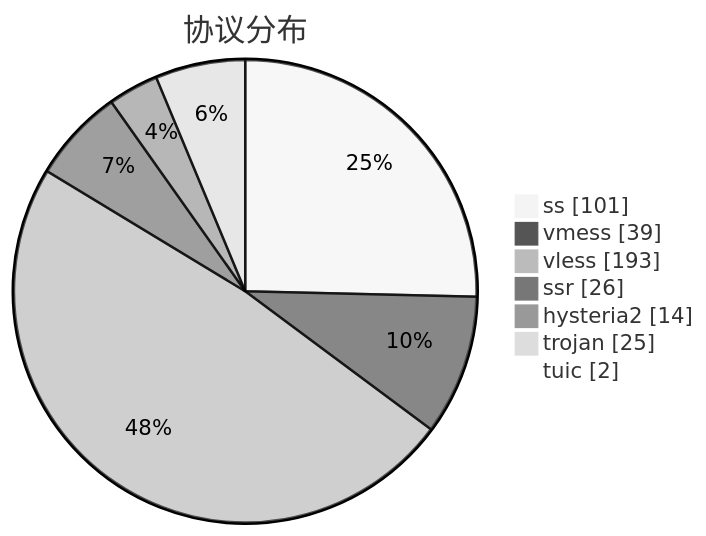
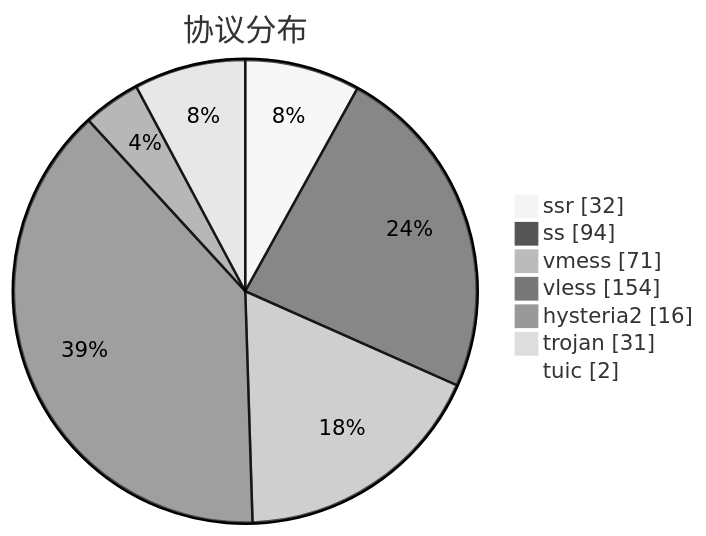
Before and after one commit to qjlxg/airport: the third of 3 diagrams in subs/statistics/tested_within.md, drawn with Mermaid (neutral theme). The commit also changed other lines of this file and 2 other files, not shown here.

````diff
--- a/subs/statistics/tested_within.md
+++ b/subs/statistics/tested_within.md
@@ -32,11 +31,11 @@
 ```mermaid
 pie showData
 title 协议分布
-"ss" : 101
-"vmess" : 39
-"vless" : 193
-"ssr" : 26
-"hysteria2" : 14
-"trojan" : 25
+"ssr" : 32
+"ss" : 94
+"vmess" : 71
+"vless" : 154
+"hysteria2" : 16
+"trojan" : 31
 "tuic" : 2
 ```
````
